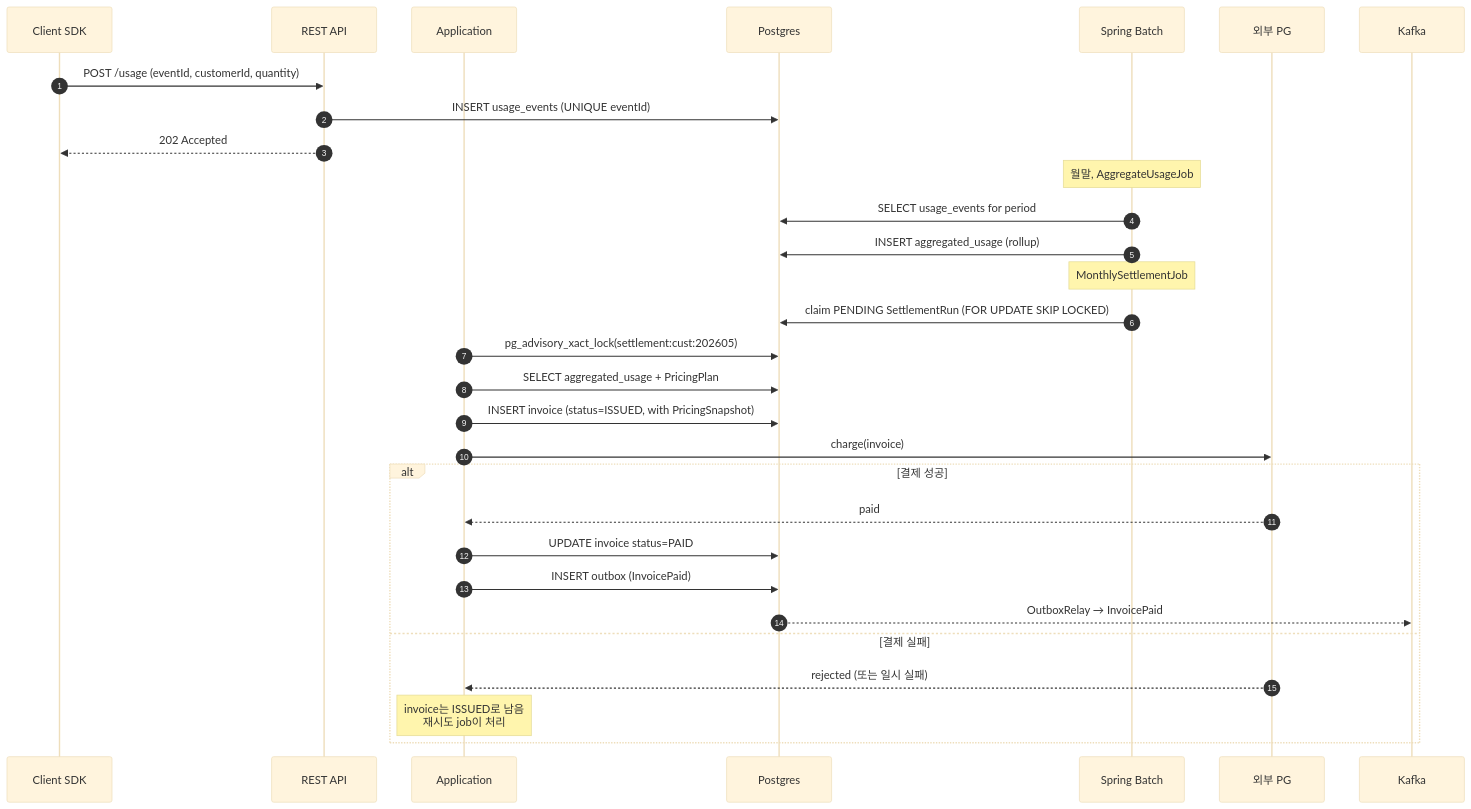
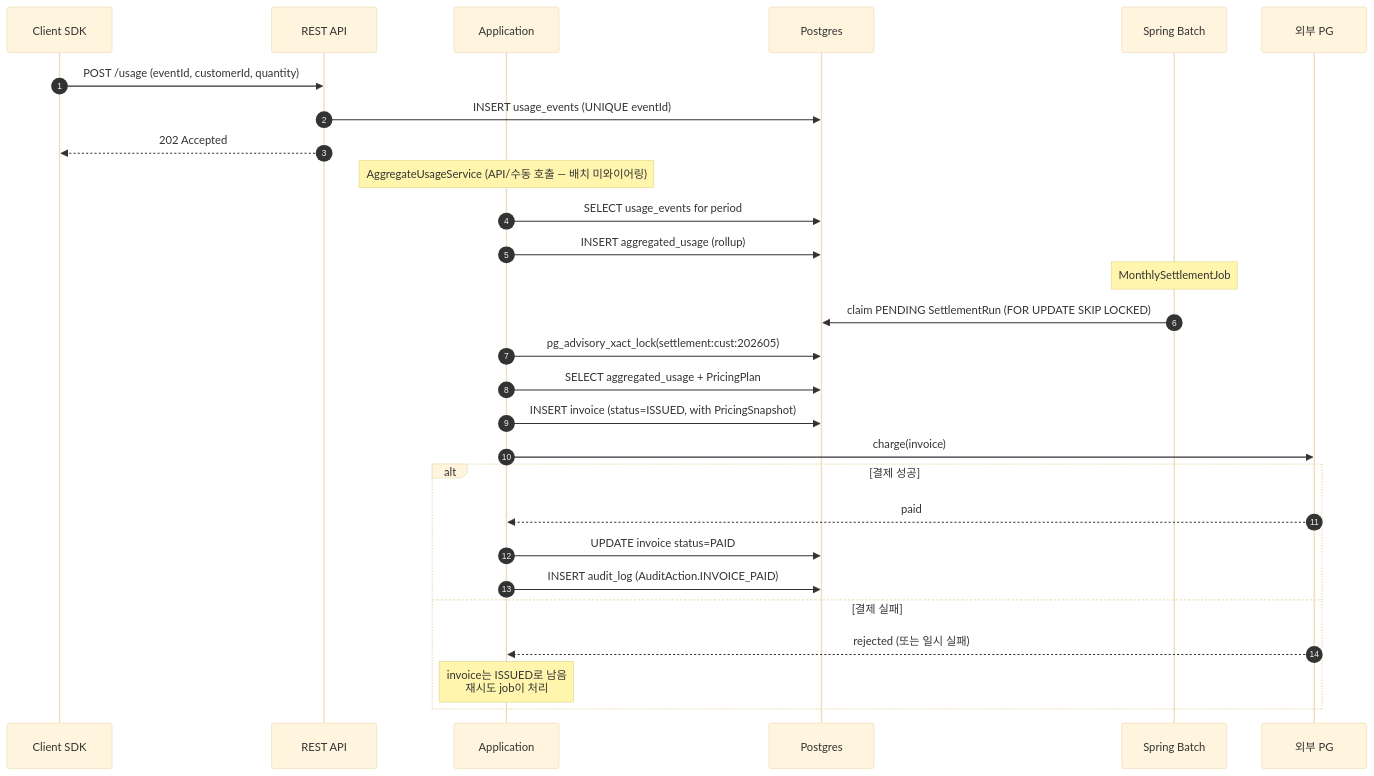
The first of 3 diagrams in README.md (ssa1004/billing-platform), drawn with Mermaid (base theme) before and after one commit. The commit also changed other lines of this file and 2 other files, not shown here.

Commit message:
fix: 기본 프로필 Redis health probe 끔 + README 다이어그램/엔드포인트 드리프트 정정
- application.yml: management.health.redis.enabled=false — Redis 미사용인데 health
  indicator 가 6379 probe 해 집계 /actuator/health 가 503 이던 것 해소(부팅 검증 200 UP).
- README mermaid: 코드에 없는 AggregateUsageJob→AggregateUsageService(배치 미와이어링),
  outbox InvoicePaid→audit_log AuditAction.INVOICE_PAID, 연체 스캔/billing.overdue.notice 를 (계획/미구현) 표기.
- docs/openapi/README: /api/v1/wallets→/wallet, /settlements→/settlement (실제 컨트롤러 경로).

````diff
--- a/README.md
+++ b/README.md
@@ -128,35 +128,33 @@
 ```mermaid
 sequenceDiagram
     autonumber
     participant SDK as Client SDK
     participant API as REST API
     participant App as Application
     participant DB as Postgres
     participant Batch as Spring Batch
     participant PG as 외부 PG
-    participant K as Kafka
 
     SDK->>API: POST /usage (eventId, customerId, quantity)
     API->>DB: INSERT usage_events (UNIQUE eventId)
     API-->>SDK: 202 Accepted
 
-    Note over Batch: 월말, AggregateUsageJob
-    Batch->>DB: SELECT usage_events for period
-    Batch->>DB: INSERT aggregated_usage (rollup)
+    Note over App: AggregateUsageService (API/수동 호출 — 배치 미와이어링)
+    App->>DB: SELECT usage_events for period
+    App->>DB: INSERT aggregated_usage (rollup)
 
     Note over Batch: MonthlySettlementJob
     Batch->>DB: claim PENDING SettlementRun (FOR UPDATE SKIP LOCKED)
     App->>DB: pg_advisory_xact_lock(settlement:cust:202605)
     App->>DB: SELECT aggregated_usage + PricingPlan
     App->>DB: INSERT invoice (status=ISSUED, with PricingSnapshot)
     App->>PG: charge(invoice)
     alt 결제 성공
         PG-->>App: paid
         App->>DB: UPDATE invoice status=PAID
-        App->>DB: INSERT outbox (InvoicePaid)
-        DB-->>K: OutboxRelay → InvoicePaid
+        App->>DB: INSERT audit_log (AuditAction.INVOICE_PAID)
     else 결제 실패
         PG-->>App: rejected (또는 일시 실패)
         Note over App: invoice는 ISSUED로 남음<br/>재시도 job이 처리
     end
 ```
````
